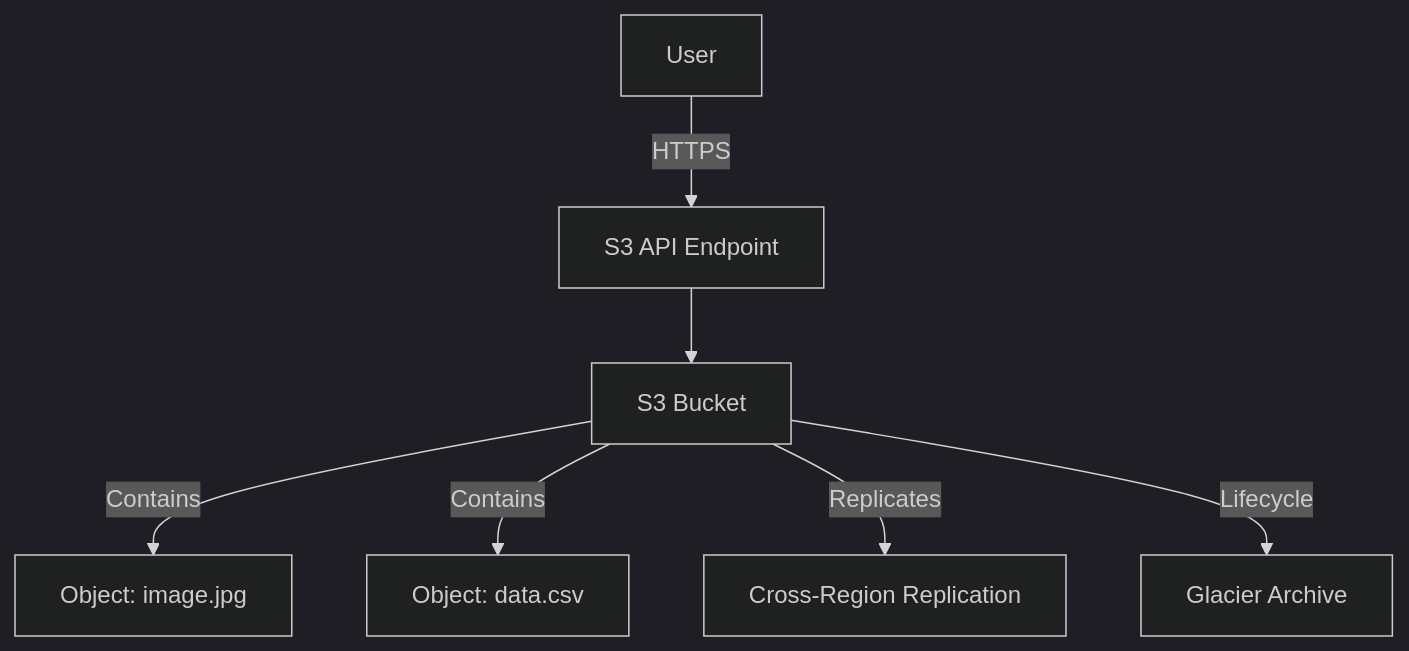
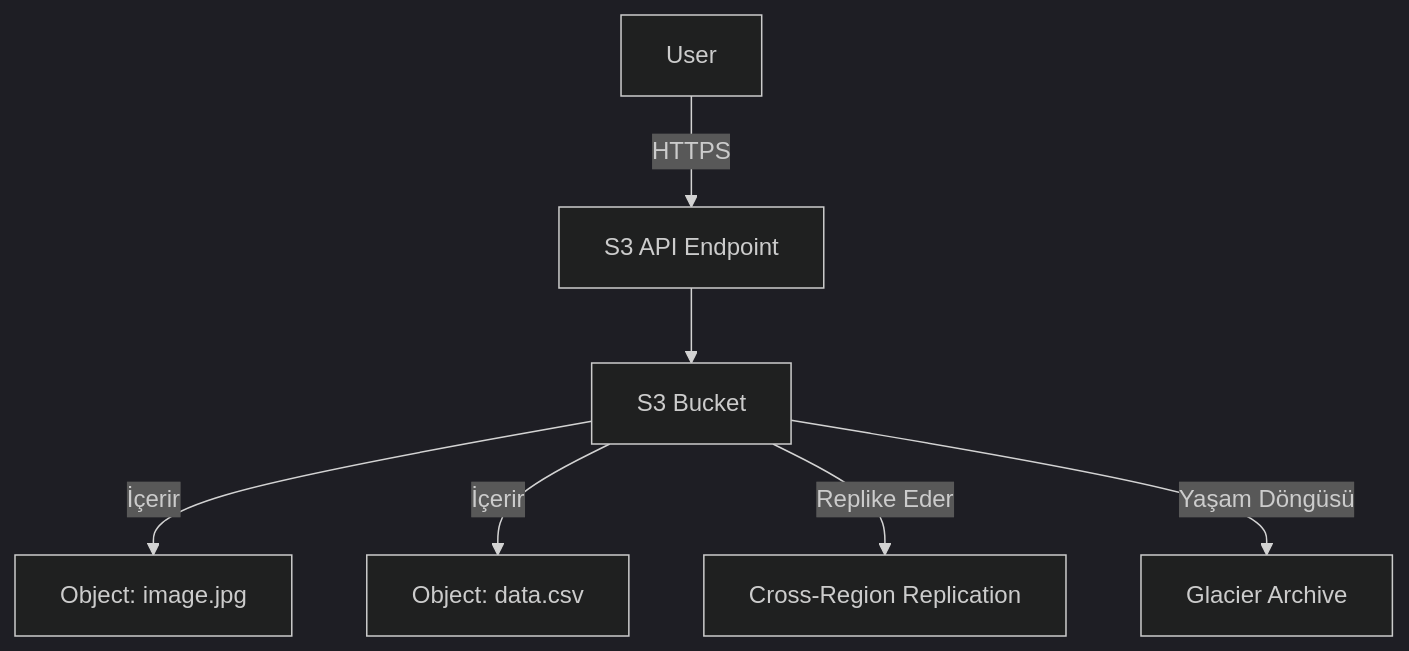
The diagram in 05-AWS/02-S3-Fundamentals.md (slymanmrcan/devops-fundamentals), drawn with Mermaid (dark theme) before and after one commit. The commit also changed other lines of this file and 24 other files, not shown here.

````diff
--- a/05-AWS/02-S3-Fundamentals.md
+++ b/05-AWS/02-S3-Fundamentals.md
@@ -10,9 +10,9 @@
 ```mermaid
 graph TD
     User -->|HTTPS| API[S3 API Endpoint]
     API --> Bucket[S3 Bucket]
-    Bucket -->|Contains| Obj1[Object: image.jpg]
-    Bucket -->|Contains| Obj2[Object: data.csv]
-    Bucket -->|Replicates| DR[Cross-Region Replication]
-    Bucket -->|Lifecycle| Glacier[Glacier Archive]
+    Bucket -->|İçerir| Obj1[Object: image.jpg]
+    Bucket -->|İçerir| Obj2[Object: data.csv]
+    Bucket -->|Replike Eder| DR[Cross-Region Replication]
+    Bucket -->|Yaşam Döngüsü| Glacier[Glacier Archive]
 ```
````
